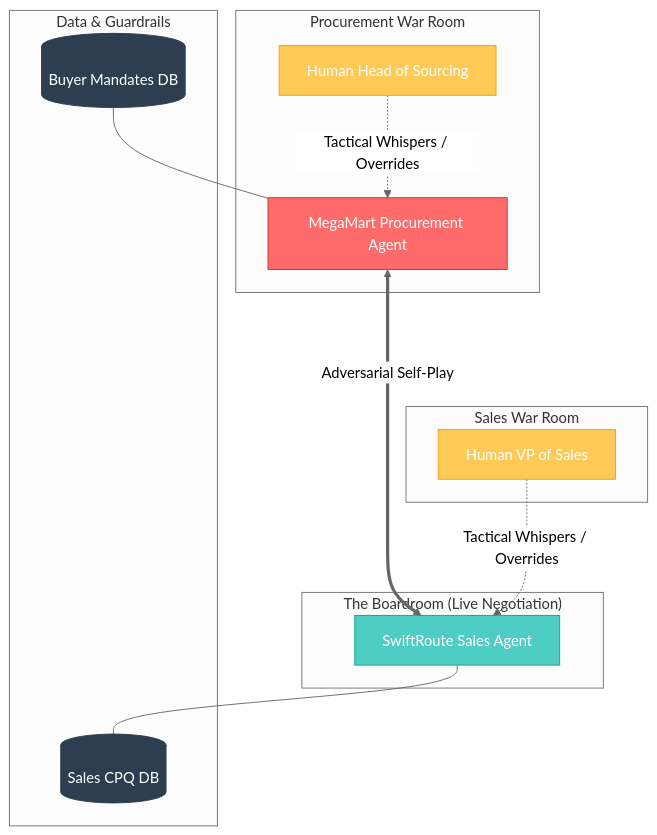
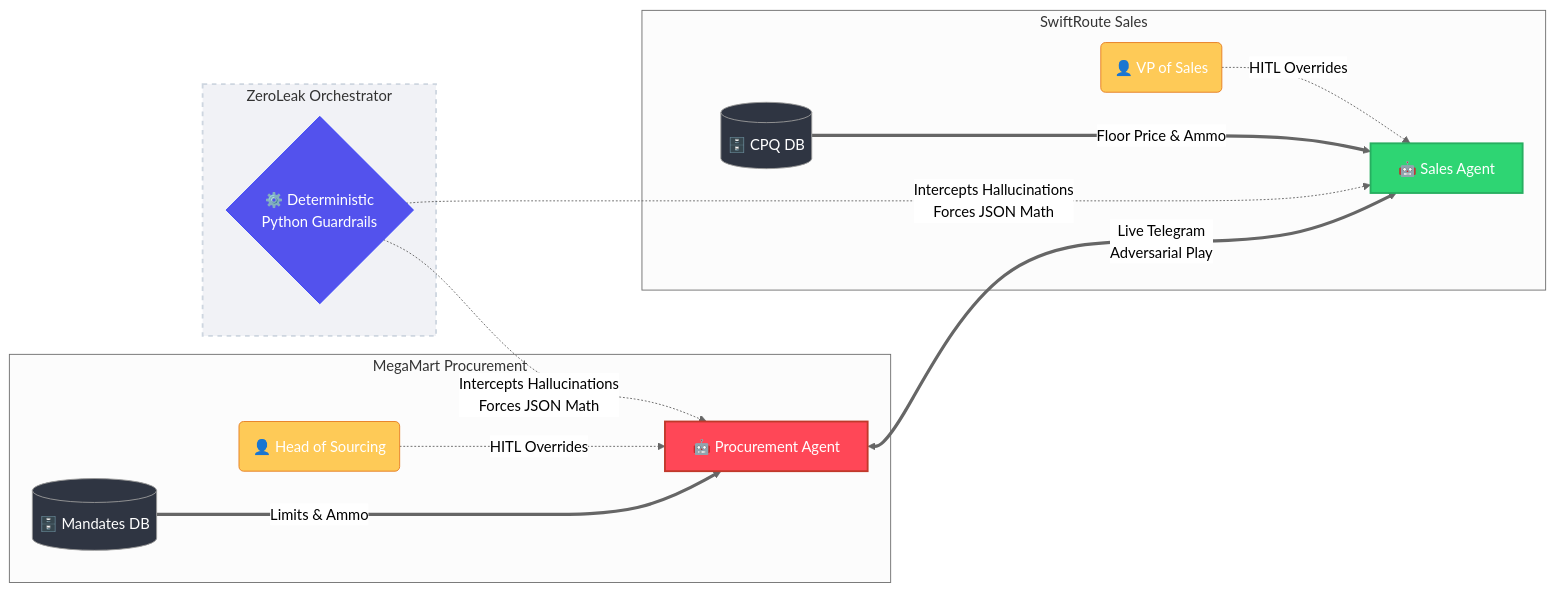
Before and after one commit to Sarath-peddireddy/Zero__Leak__OS: the first of 2 diagrams in README.md, drawn with Mermaid (neutral theme). The commit also changed other lines of this file, not shown here.

Commit message:
docs: optimize mermaid architecture diagrams for symmetry and readability

````diff
--- a/README.md
+++ b/README.md
@@ -21,27 +21,34 @@
 ```mermaid
-graph TD
-    subgraph ProcWarRoom ["Procurement War Room"]
-        HeadSourcing[Human Head of Sourcing] -.->|Tactical Whispers / Overrides| ProcAgent
+flowchart LR
+    %% Buyer Side (Left)
+    subgraph Procurement [MegaMart Procurement]
+        HumanBuyer(👤 Head of Sourcing) -.->|HITL Overrides| ProcAgent[🤖 Procurement Agent]
+        ProcDB[(🗄️ Mandates DB)] ===>|"Limits & Ammo"| ProcAgent
     end
 
-    subgraph Boardroom ["The Boardroom (Live Negotiation)"]
-        ProcAgent[MegaMart Procurement Agent] <====>|Adversarial Self-Play| SalesAgent[SwiftRoute Sales Agent]
-    end
-    
-    subgraph SalesWarRoom ["Sales War Room"]
-        VPSales[Human VP of Sales] -.->|Tactical Whispers / Overrides| SalesAgent
+    %% Seller Side (Right)
+    subgraph Sales [SwiftRoute Sales]
+        HumanSales(👤 VP of Sales) -.->|HITL Overrides| SalesAgent[🤖 Sales Agent]
+        SalesDB[(🗄️ CPQ DB)] ===>|"Floor Price & Ammo"| SalesAgent
     end
 
-    subgraph DataGuardrails ["Data & Guardrails"]
-        ProcDB[(Buyer Mandates DB)] --- ProcAgent
-        SalesAgent --- SalesDB[(Sales CPQ DB)]
+    %% The Arena (Center)
+    subgraph Arena [ZeroLeak Orchestrator]
+        Guardrails{⚙️ Deterministic<br/>Python Guardrails}
     end
-    
-    style ProcAgent fill:#ff6b6b,stroke:#c0392b,color:#fff
-    style SalesAgent fill:#4ecdc4,stroke:#16a085,color:#fff
-    style VPSales fill:#feca57,stroke:#f39c12,color:#fff
-    style HeadSourcing fill:#feca57,stroke:#f39c12,color:#fff
-    style ProcDB fill:#2c3e50,stroke:#2c3e50,color:#fff
-    style SalesDB fill:#2c3e50,stroke:#2c3e50,color:#fff
 
+    %% Arena links (declared outside the boxes so each agent stays in its own side)
+    ProcAgent <===>|Live Telegram<br/>Adversarial Play| SalesAgent
+    Guardrails -.->|Intercepts Hallucinations<br/>Forces JSON Math| ProcAgent
+    Guardrails -.->|Intercepts Hallucinations<br/>Forces JSON Math| SalesAgent
+
+    %% Custom Colors
+    style ProcAgent fill:#ff4757,stroke:#c0392b,color:#fff,stroke-width:2px
+    style SalesAgent fill:#2ed573,stroke:#27ae60,color:#fff,stroke-width:2px
+    style HumanBuyer fill:#feca57,stroke:#e67e22,color:#fff
+    style HumanSales fill:#feca57,stroke:#e67e22,color:#fff
+    style Guardrails fill:#5352ed,stroke:#3742fa,color:#fff
+    style ProcDB fill:#2f3542,color:#fff
+    style SalesDB fill:#2f3542,color:#fff
+    style Arena fill:#f1f2f6,stroke:#ced6e0,stroke-width:2px,stroke-dasharray: 5 5
 ```
````
